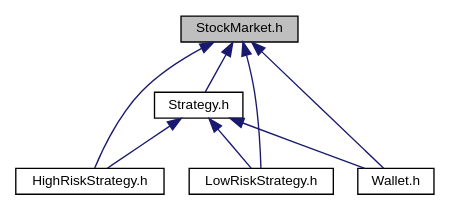
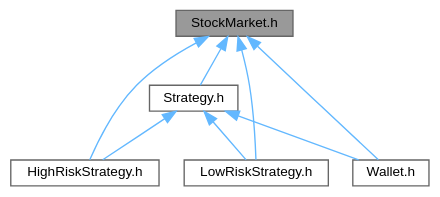
The diagram in docs/StockMarket_8h__dep__incl.dot (KoniHD/stock_sim_uni), drawn with Graphviz before and after one commit. The commit also changed 174 other files, not shown here.

```diff
--- a/docs/StockMarket_8h__dep__incl.dot
+++ b/docs/StockMarket_8h__dep__incl.dot
@@ -1,18 +1,19 @@
 digraph "StockMarket.h"
 {
  // LATEX_PDF_SIZE
-  edge [fontname="Helvetica",fontsize="10",labelfontname="Helvetica",labelfontsize="10"];
-  node [fontname="Helvetica",fontsize="10",shape=record];
-  Node1 [label="StockMarket.h",height=0.2,width=0.4,color="black", fillcolor="grey75", style="filled", fontcolor="black",tooltip=" "];
-  Node1 -> Node2 [dir="back",color="midnightblue",fontsize="10",style="solid",fontname="Helvetica"];
-  Node2 [label="HighRiskStrategy.h",height=0.2,width=0.4,color="black", fillcolor="white", style="filled",URL="$HighRiskStrategy_8h.html",tooltip=" "];
-  Node1 -> Node3 [dir="back",color="midnightblue",fontsize="10",style="solid",fontname="Helvetica"];
-  Node3 [label="Strategy.h",height=0.2,width=0.4,color="black", fillcolor="white", style="filled",URL="$Strategy_8h.html",tooltip=" "];
-  Node3 -> Node2 [dir="back",color="midnightblue",fontsize="10",style="solid",fontname="Helvetica"];
-  Node3 -> Node4 [dir="back",color="midnightblue",fontsize="10",style="solid",fontname="Helvetica"];
-  Node4 [label="LowRiskStrategy.h",height=0.2,width=0.4,color="black", fillcolor="white", style="filled",URL="$LowRiskStrategy_8h.html",tooltip=" "];
-  Node3 -> Node5 [dir="back",color="midnightblue",fontsize="10",style="solid",fontname="Helvetica"];
-  Node5 [label="Wallet.h",height=0.2,width=0.4,color="black", fillcolor="white", style="filled",URL="$Wallet_8h.html",tooltip=" "];
-  Node1 -> Node4 [dir="back",color="midnightblue",fontsize="10",style="solid",fontname="Helvetica"];
-  Node1 -> Node5 [dir="back",color="midnightblue",fontsize="10",style="solid",fontname="Helvetica"];
+  bgcolor="transparent";
+  edge [fontname=Helvetica,fontsize=10,labelfontname=Helvetica,labelfontsize=10];
+  node [fontname=Helvetica,fontsize=10,shape=box,height=0.2,width=0.4];
+  Node1 [id="Node000001",label="StockMarket.h",height=0.2,width=0.4,color="gray40", fillcolor="grey60", style="filled", fontcolor="black",tooltip=" "];
+  Node1 -> Node2 [id="edge1_Node000001_Node000002",dir="back",color="steelblue1",style="solid",tooltip=" "];
+  Node2 [id="Node000002",label="HighRiskStrategy.h",height=0.2,width=0.4,color="grey40", fillcolor="white", style="filled",URL="$HighRiskStrategy_8h.html",tooltip=" "];
+  Node1 -> Node3 [id="edge2_Node000001_Node000003",dir="back",color="steelblue1",style="solid",tooltip=" "];
+  Node3 [id="Node000003",label="LowRiskStrategy.h",height=0.2,width=0.4,color="grey40", fillcolor="white", style="filled",URL="$LowRiskStrategy_8h.html",tooltip=" "];
+  Node1 -> Node4 [id="edge3_Node000001_Node000004",dir="back",color="steelblue1",style="solid",tooltip=" "];
+  Node4 [id="Node000004",label="Strategy.h",height=0.2,width=0.4,color="grey40", fillcolor="white", style="filled",URL="$Strategy_8h.html",tooltip=" "];
+  Node4 -> Node2 [id="edge4_Node000004_Node000002",dir="back",color="steelblue1",style="solid",tooltip=" "];
+  Node4 -> Node3 [id="edge5_Node000004_Node000003",dir="back",color="steelblue1",style="solid",tooltip=" "];
+  Node4 -> Node5 [id="edge6_Node000004_Node000005",dir="back",color="steelblue1",style="solid",tooltip=" "];
+  Node5 [id="Node000005",label="Wallet.h",height=0.2,width=0.4,color="grey40", fillcolor="white", style="filled",URL="$Wallet_8h.html",tooltip=" "];
+  Node1 -> Node5 [id="edge7_Node000001_Node000005",dir="back",color="steelblue1",style="solid",tooltip=" "];
 }
```
